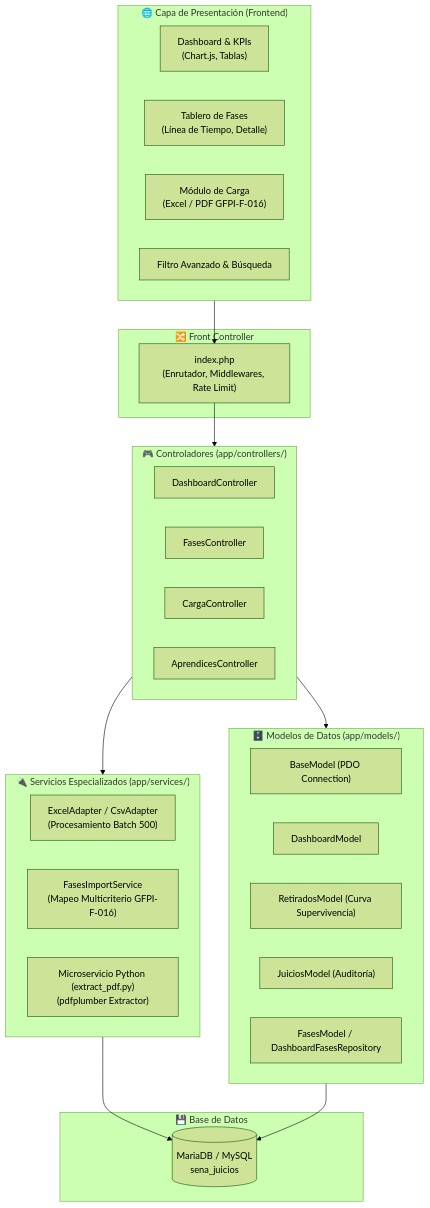
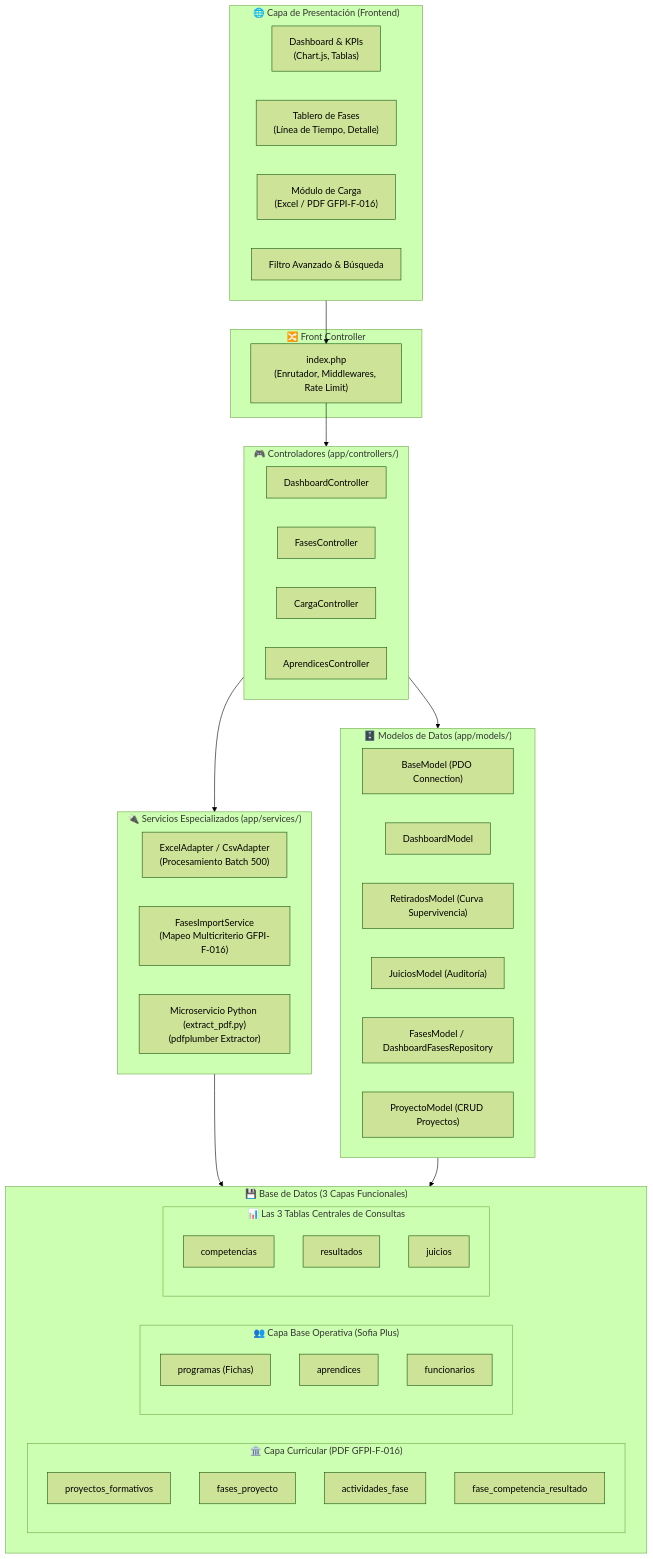
One commit to Santiago072/sistema_gestion_datos changed the first of 2 diagrams in docs/ARQUITECTURA_Y_SEGURIDAD.md. Above: the diagram before and after it, drawn with Mermaid (forest theme). The commit also changed other lines of this file and 2 other files, not shown here.

Commit message:
docs: documentar clasificacion funcional de tablas en 3 capas y el trio analitico de consultas (competencias, resultados, juicios)

````diff
--- a/docs/ARQUITECTURA_Y_SEGURIDAD.md
+++ b/docs/ARQUITECTURA_Y_SEGURIDAD.md
@@ -11,45 +11,63 @@
 ```mermaid
 graph TB
     subgraph CLIENT_LAYER["🌐 Capa de Presentación (Frontend)"]
         UI_DASH["Dashboard & KPIs\n(Chart.js, Tablas)"]
         UI_FASES["Tablero de Fases\n(Línea de Tiempo, Detalle)"]
         UI_CARGA["Módulo de Carga\n(Excel / PDF GFPI-F-016)"]
         UI_FILTRO["Filtro Avanzado & Búsqueda"]
     end
 
     subgraph ROUTER["🔀 Front Controller"]
         INDEX["index.php\n(Enrutador, Middlewares, Rate Limit)"]
     end
 
     subgraph CONTROLLERS["🎮 Controladores (app/controllers/)"]
         C_DASH["DashboardController"]
         C_FASES["FasesController"]
         C_CARGA["CargaController"]
         C_APPR["AprendicesController"]
     end
 
     subgraph SERVICES["🔌 Servicios Especializados (app/services/)"]
         S_EXCEL["ExcelAdapter / CsvAdapter\n(Procesamiento Batch 500)"]
         S_PDF["FasesImportService\n(Mapeo Multicriterio GFPI-F-016)"]
         S_PY["Microservicio Python (extract_pdf.py)\n(pdfplumber Extractor)"]
     end
 
     subgraph MODELS["🗄️ Modelos de Datos (app/models/)"]
         M_BASE["BaseModel (PDO Connection)"]
         M_DASH["DashboardModel"]
         M_RET["RetiradosModel (Curva Supervivencia)"]
         M_JUI["JuiciosModel (Auditoría)"]
         M_FAS["FasesModel / DashboardFasesRepository"]
+        M_PROY["ProyectoModel (CRUD Proyectos)"]
     end
 
-    subgraph DATABASE["💾 Base de Datos"]
-        DB[("MariaDB / MySQL\nsena_juicios")]
+    subgraph DATABASE["💾 Base de Datos (3 Capas Funcionales)"]
+        subgraph DB_CURR["🏛️ Capa Curricular (PDF GFPI-F-016)"]
+            T_PROY["proyectos_formativos"]
+            T_FAS["fases_proyecto"]
+            T_ACT["actividades_fase"]
+            T_FCR["fase_competencia_resultado"]
+        end
+
+        subgraph DB_BASE["👥 Capa Base Operativa (Sofia Plus)"]
+            T_PROG["programas (Fichas)"]
+            T_APR["aprendices"]
+            T_FUNC["funcionarios"]
+        end
+
+        subgraph DB_EVAL["📊 Las 3 Tablas Centrales de Consultas"]
+            T_COMP["competencias"]
+            T_RES["resultados"]
+            T_JUI["juicios"]
+        end
     end
 
     CLIENT_LAYER --> INDEX
     INDEX --> CONTROLLERS
     CONTROLLERS --> SERVICES
     CONTROLLERS --> MODELS
-    SERVICES --> DB
-    MODELS --> DB
+    SERVICES --> DATABASE
+    MODELS --> DATABASE
 ```
````
